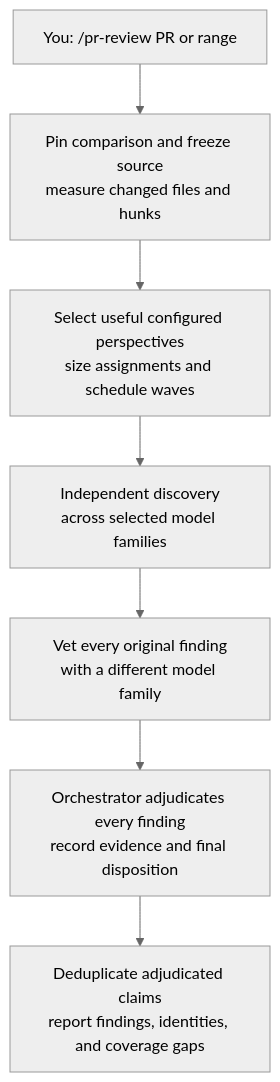
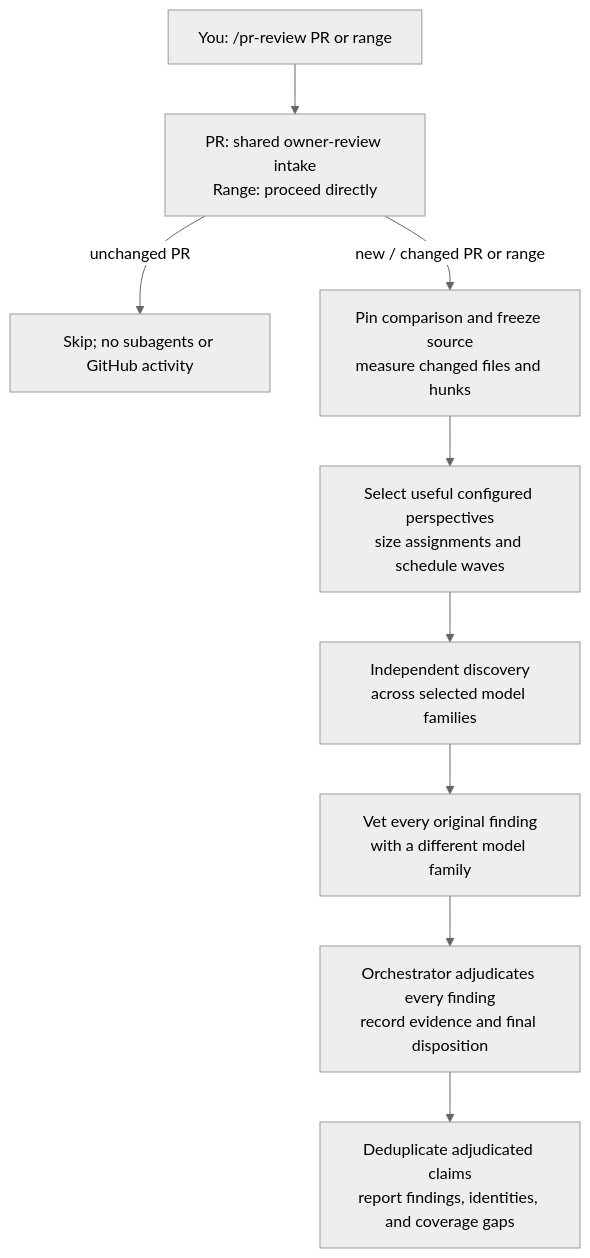
Before and after one commit to beardedeagle/zetta-delta: the second of 5 diagrams in README.md, drawn with Mermaid (neutral theme). The commit also changed other lines of this file and 10 other files, not shown here.

First line of the commit message:
feat: add shared PR review intake and organization collection

````diff
--- a/README.md
+++ b/README.md
@@ -521,9 +536,11 @@
 ```mermaid
 flowchart TD
-  U["You: /pr-review PR or range"] --> T["Pin comparison and freeze source<br/>measure changed files and hunks"]
+  U["You: /pr-review PR or range"] --> I["PR: shared owner-review intake<br/>Range: proceed directly"]
+  I -->|"unchanged PR"| K["Skip; no subagents or GitHub activity"]
+  I -->|"new / changed PR or range"| T["Pin comparison and freeze source<br/>measure changed files and hunks"]
   T --> S["Select useful configured perspectives<br/>size assignments and schedule waves"]
   S --> D["Independent discovery<br/>across selected model families"]
   D --> V["Vet every original finding<br/>with a different model family"]
   V --> A["Orchestrator adjudicates every finding<br/>record evidence and final disposition"]
   A --> R["Deduplicate adjudicated claims<br/>report findings, identities, and coverage gaps"]
 ```
````
